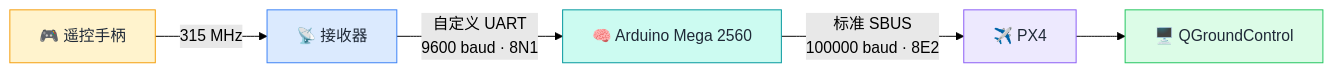
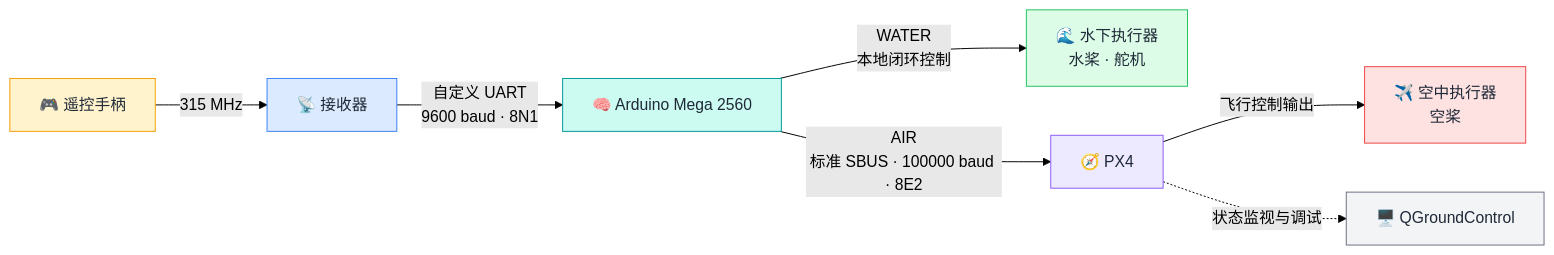
Before and after one commit to JIN-FZCH/Hmini_315: the diagram in README.md, drawn with Mermaid (forest theme). The commit also changed other lines of this file, not shown here.

````diff
--- a/README.md
+++ b/README.md
@@ -20,13 +20,17 @@
 ```mermaid
 flowchart LR
     A["🎮 遥控手柄"] -->|"315 MHz"| B["📡 接收器"]
     B -->|"自定义 UART<br/>9600 baud · 8N1"| C["🧠 Arduino Mega 2560"]
-    C -->|"标准 SBUS<br/>100000 baud · 8E2"| D["✈️ PX4"]
-    D --> E["🖥️ QGroundControl"]
+    C -->|"WATER<br/>本地闭环控制"| W["🌊 水下执行器<br/>水桨 · 舵机"]
+    C -->|"AIR<br/>标准 SBUS · 100000 baud · 8E2"| D["🧭 PX4"]
+    D -->|"飞行控制输出"| F["✈️ 空中执行器<br/>空桨"]
+    D -.->|"状态监视与调试"| E["🖥️ QGroundControl"]
 
     style A fill:#fff3cd,stroke:#f59e0b,color:#1f2937
     style B fill:#dbeafe,stroke:#3b82f6,color:#1f2937
     style C fill:#ccfbf1,stroke:#00979d,color:#1f2937
+    style W fill:#dcfce7,stroke:#22c55e,color:#1f2937
     style D fill:#ede9fe,stroke:#8b5cf6,color:#1f2937
-    style E fill:#dcfce7,stroke:#22c55e,color:#1f2937
+    style F fill:#fee2e2,stroke:#ef4444,color:#1f2937
+    style E fill:#f3f4f6,stroke:#6b7280,color:#1f2937
 ```
````
